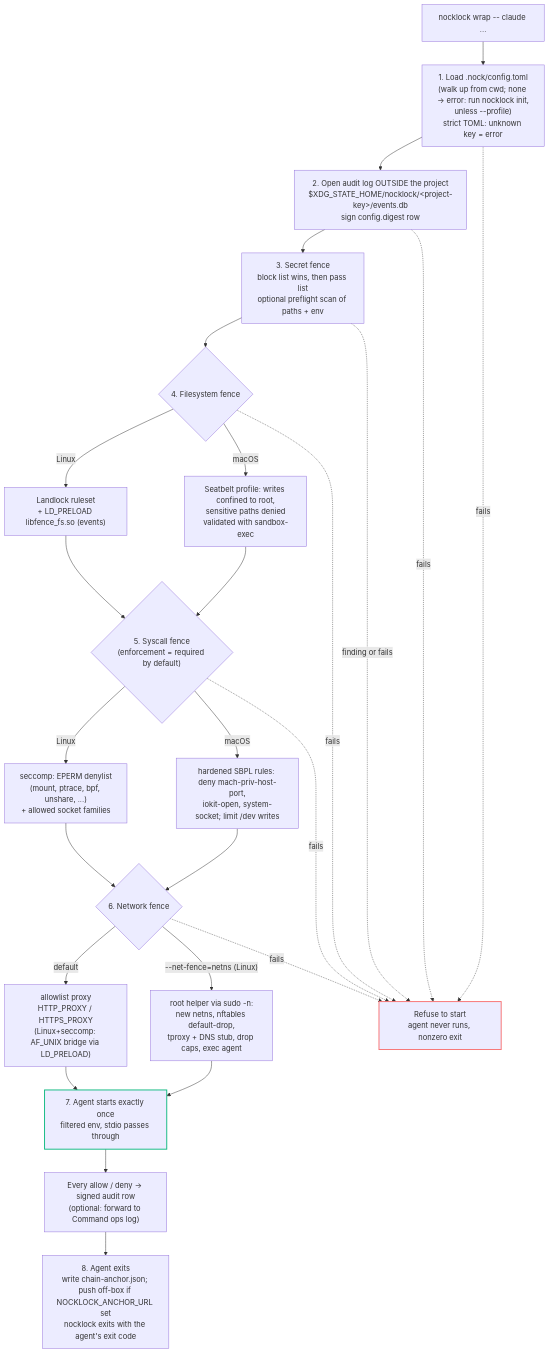
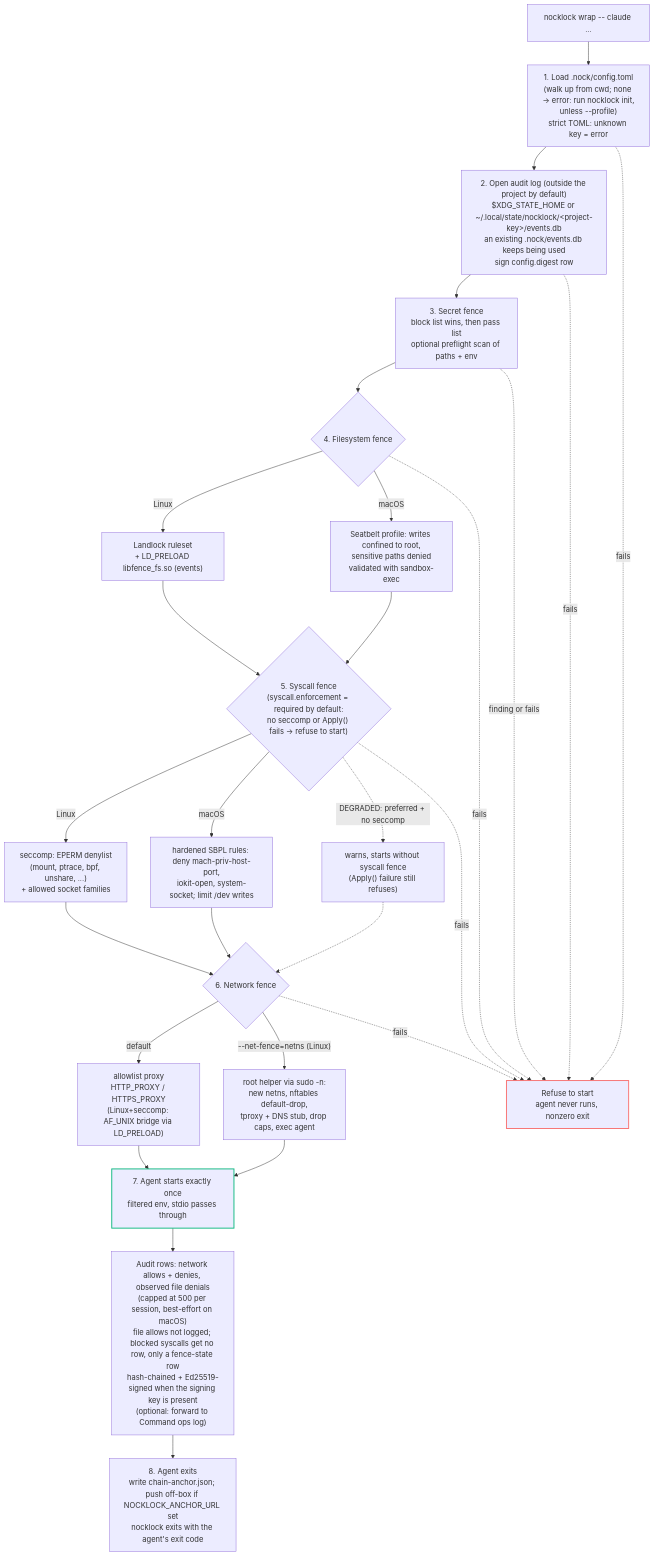
Before and after one commit to nocktechnologies/nocklock: the diagram in .claude/diagrams/fence-flow.mermaid, drawn with Mermaid. The commit also changed 2 other files, not shown here.

Commit message:
docs: align diagrams with code (netns web traffic via tproxy, enforcement modes, audit coverage)

```diff
--- a/.claude/diagrams/fence-flow.mermaid
+++ b/.claude/diagrams/fence-flow.mermaid
@@ -1,39 +1,43 @@
 %% NockLock — Fence Flow
 %% What `nocklock wrap -- <agent>` does, in order. Every fence is set up before
-%% the child starts; any setup failure refuses to start (fail closed).
+%% the child starts; by default any setup failure refuses to start (fail closed).
+%% The one exception is syscall.enforcement = "preferred" on a kernel without
+%% seccomp (step 5): it warns and starts without the syscall fence.
 
 flowchart TD
     A["nocklock wrap -- claude ..."] --> B["1. Load .nock/config.toml<br/>(walk up from cwd; none → error: run nocklock init,<br/>unless --profile)<br/>strict TOML: unknown key = error"]
-    B --> C["2. Open audit log OUTSIDE the project<br/>$XDG_STATE_HOME/nocklock/&lt;project-key&gt;/events.db<br/>sign config.digest row"]
+    B --> C["2. Open audit log (outside the project by default)<br/>$XDG_STATE_HOME or ~/.local/state/nocklock/&lt;project-key&gt;/events.db<br/>an existing .nock/events.db keeps being used<br/>sign config.digest row"]
     C --> D["3. Secret fence<br/>block list wins, then pass list<br/>optional preflight scan of paths + env"]
     D --> E{"4. Filesystem fence"}
     E -->|Linux| E1["Landlock ruleset<br/>+ LD_PRELOAD libfence_fs.so (events)"]
     E -->|macOS| E2["Seatbelt profile: writes confined to root,<br/>sensitive paths denied<br/>validated with sandbox-exec"]
     E1 --> F
     E2 --> F
-    F{"5. Syscall fence<br/>(enforcement = required by default)"}
+    F{"5. Syscall fence<br/>(syscall.enforcement = required by default:<br/>no seccomp or Apply() fails → refuse to start)"}
     F -->|Linux| F1["seccomp: EPERM denylist<br/>(mount, ptrace, bpf, unshare, ...)<br/>+ allowed socket families"]
     F -->|macOS| F2["hardened SBPL rules: deny mach-priv-host-port,<br/>iokit-open, system-socket; limit /dev writes"]
+    F -. "DEGRADED: preferred + no seccomp" .-> FD["warns, starts without syscall fence<br/>(Apply() failure still refuses)"]
+    FD -.-> G
     F1 --> G
     F2 --> G
     G{"6. Network fence"}
     G -->|default| G1["allowlist proxy<br/>HTTP_PROXY / HTTPS_PROXY<br/>(Linux+seccomp: AF_UNIX bridge via LD_PRELOAD)"]
     G -->|"--net-fence=netns (Linux)"| G2["root helper via sudo -n:<br/>new netns, nftables default-drop,<br/>tproxy + DNS stub, drop caps, exec agent"]
     G1 --> H
     G2 --> H
     H["7. Agent starts exactly once<br/>filtered env, stdio passes through"]
-    H --> I["Every allow / deny → signed audit row<br/>(optional: forward to Command ops log)"]
+    H --> I["Audit rows: network allows + denies, observed file denials<br/>(capped at 500 per session, best-effort on macOS)<br/>file allows not logged; blocked syscalls get no row, only a fence-state row<br/>hash-chained + Ed25519-signed when the signing key is present<br/>(optional: forward to Command ops log)"]
     I --> J["8. Agent exits<br/>write chain-anchor.json; push off-box if NOCKLOCK_ANCHOR_URL set<br/>nocklock exits with the agent's exit code"]
 
     B -. fails .-> X
     C -. fails .-> X
     D -. "finding or fails" .-> X
     E -. fails .-> X
     F -. fails .-> X
     G -. fails .-> X
     X["Refuse to start<br/>agent never runs, nonzero exit"]
 
     classDef refused stroke:#F87171,stroke-width:2px
     classDef running stroke:#10B981,stroke-width:2px
     class X refused
     class H running
```
